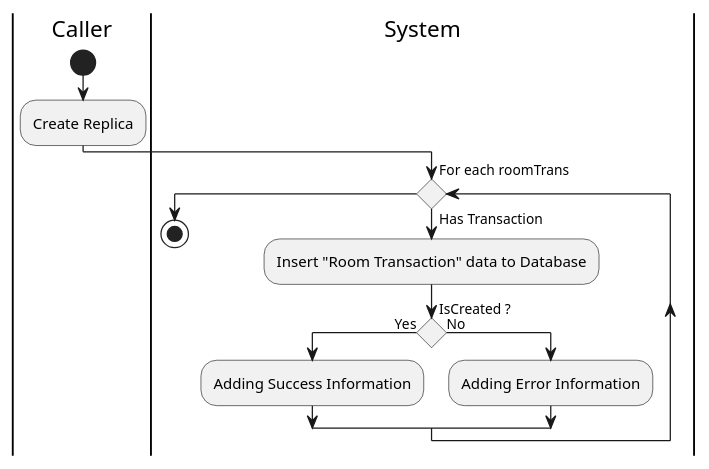
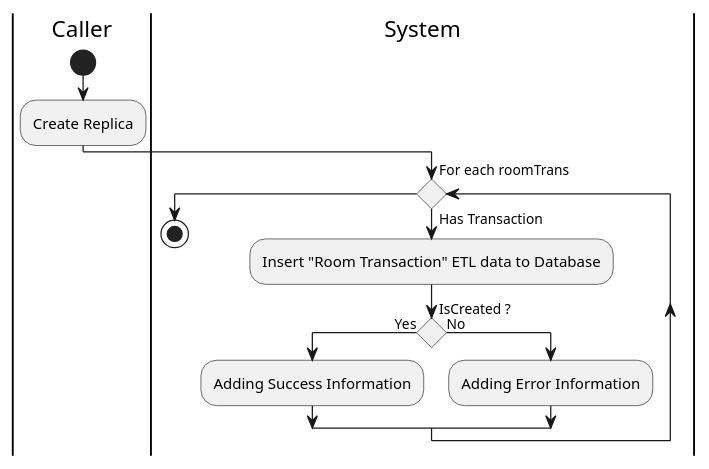
Before and after one commit to fwidjaya20/fazzlearning-uml: the diagram in Activity/Release02/CreateRoomTransactionETL.wsd, drawn with PlantUML. The commit also changed 3 other files, not shown here.

Commit message:
activity: adding ETL label for replica user and transaction

```diff
--- a/Activity/Release02/CreateRoomTransactionETL.wsd
+++ b/Activity/Release02/CreateRoomTransactionETL.wsd
@@ -1,27 +1,27 @@
 @startuml CreateRoomTransactionETL
 
 skinparam ConditionEndStyle hline
 skinparam conditionStyle diamond
 skinparam Monochrome true
 skinparam Shadowing false
 
 |Caller|
 
 start
 
 :Create Replica;
 
 |System|
 while(For each roomTrans) is (Has Transaction)
-    :Insert "Room Transaction" data to Database;
+    :Insert "Room Transaction" ETL data to Database;
 
     if (IsCreated ?) then (Yes)
         :Adding Success Information;
     else (No)
         :Adding Error Information;
     endif
 endwhile
 
 stop
 
 @enduml
```
